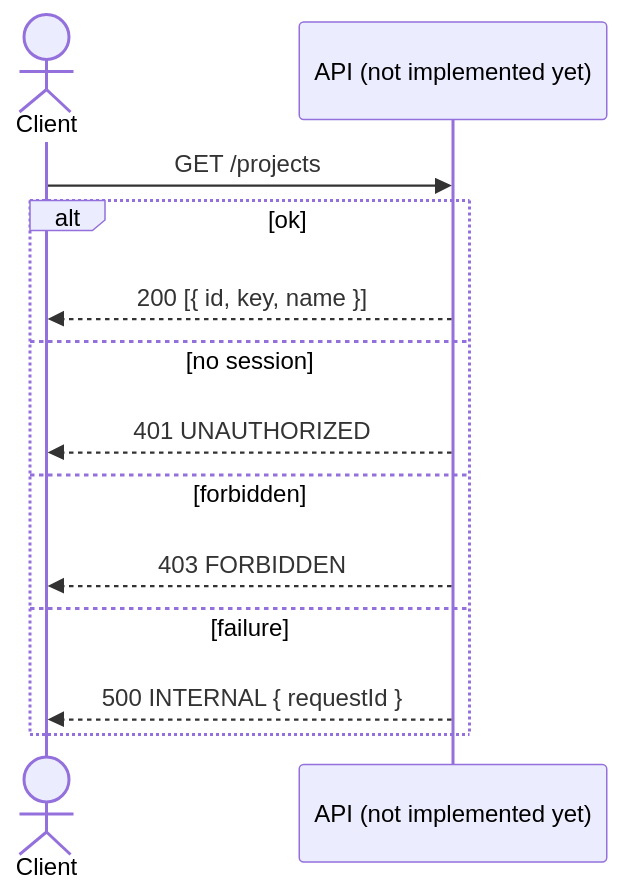
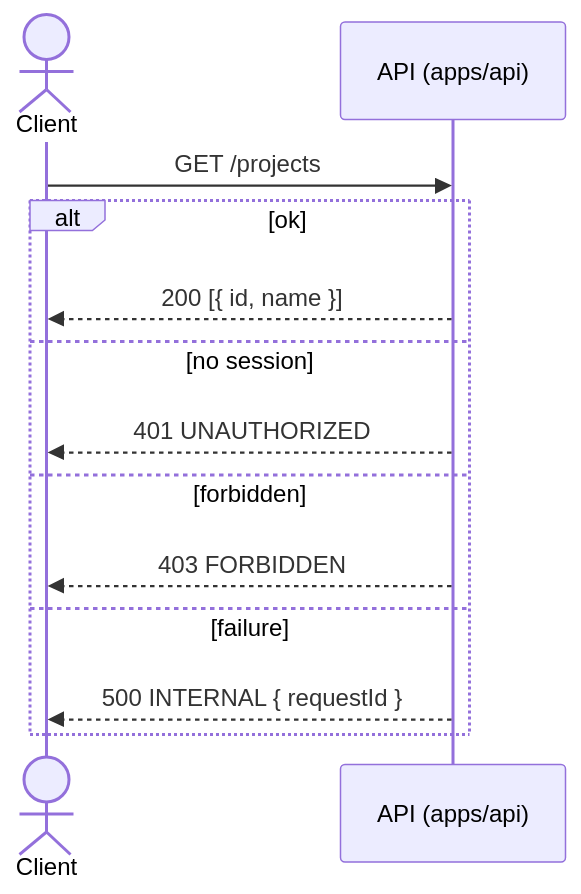
The diagram in docs/api-contract.md (koklo-dev/koklo), drawn with Mermaid before and after one commit. The commit also changed other lines of this file and 61 other files, not shown here.

````diff
--- a/docs/api-contract.md
+++ b/docs/api-contract.md
@@ -68,15 +70,15 @@
 ```mermaid
 sequenceDiagram
   actor C as Client
-  participant A as API (not implemented yet)
+  participant A as API (apps/api)
   C->>A: GET /projects
   alt ok
-    A-->>C: 200 [{ id, key, name }]
+    A-->>C: 200 [{ id, name }]
   else no session
     A-->>C: 401 UNAUTHORIZED
   else forbidden
     A-->>C: 403 FORBIDDEN
   else failure
     A-->>C: 500 INTERNAL { requestId }
   end
 ```
````
